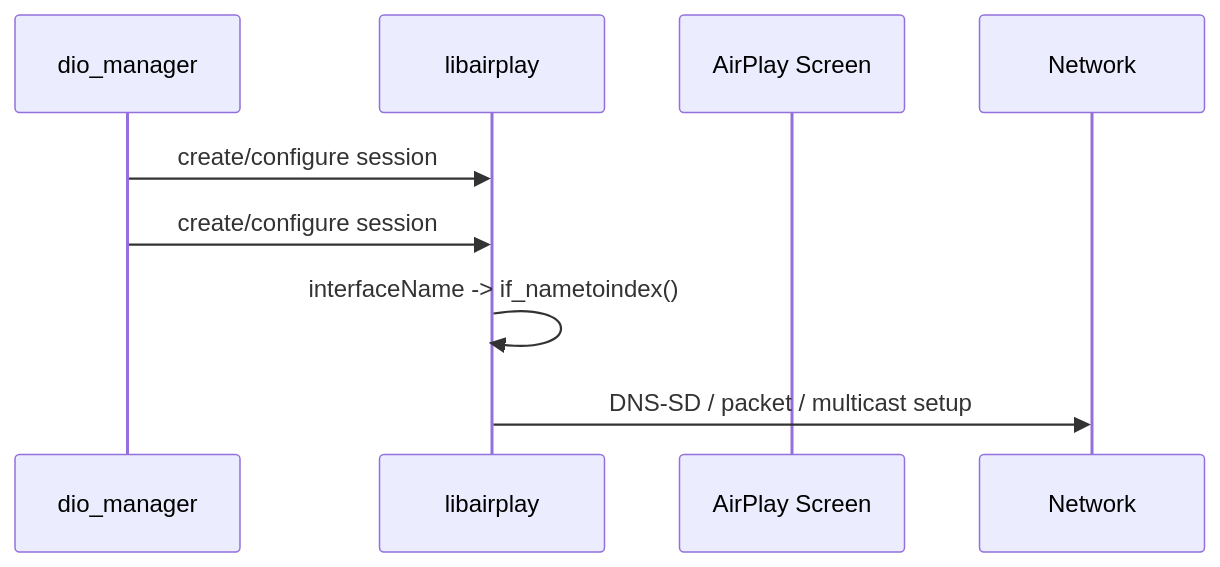
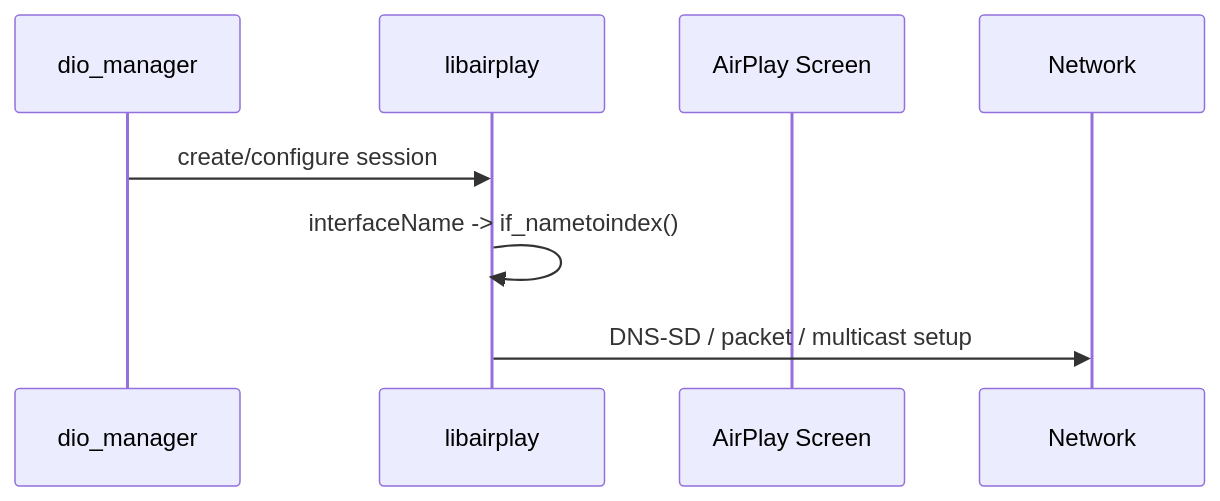
One commit to joeyQuery/MHI2-Wireless-CarPlay changed the ninth of 23 diagrams in docs/wireless-carplay-architecture.md. Above: the diagram before and after it, drawn with Mermaid. The commit also changed other lines of this file, not shown here.

Commit message:
docs: correct mDNS and AirPlay architecture diagrams

```diff
--- a/docs/wireless-carplay-architecture.md
+++ b/docs/wireless-carplay-architecture.md
@@ -328,12 +334,11 @@
 ~~~mermaid
 sequenceDiagram
     participant D as dio_manager
     participant A as libairplay
     participant S as AirPlay Screen
     participant N as Network
 
     D->>A: create/configure session
-    D->>A: create/configure session
     A->>A: interfaceName -> if_nametoindex()
     A->>N: DNS-SD / packet / multicast setup
 ~~~
```
